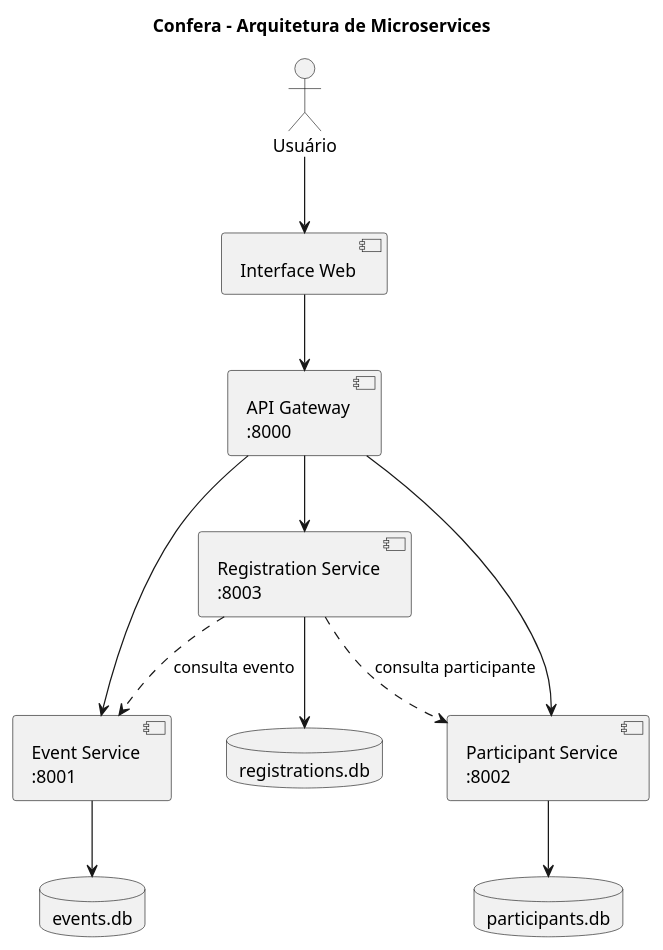
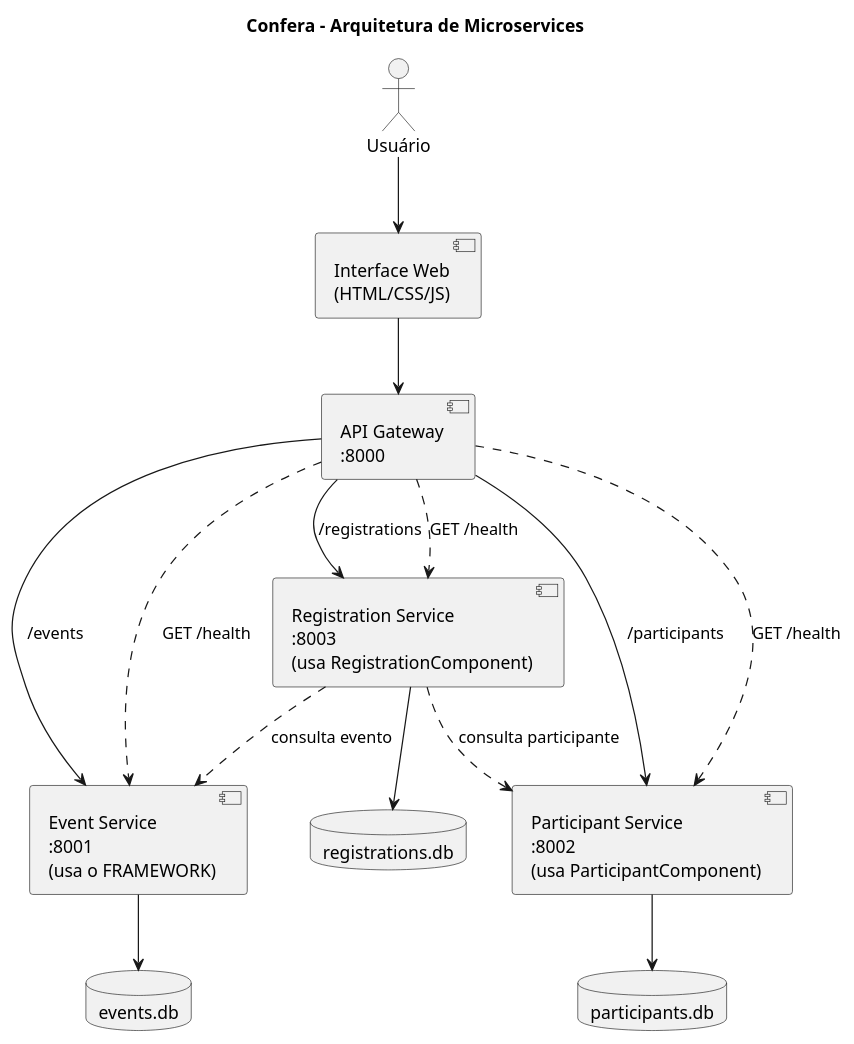
One commit to ABMS-NS/Confera changed the diagram in docs/diagrams/microservices.puml. Above: the diagram before and after it, drawn with PlantUML. The commit also changed 27 other files, not shown here.

```diff
--- a/docs/diagrams/microservices.puml
+++ b/docs/diagrams/microservices.puml
@@ -1,22 +1,26 @@
 @startuml
 title Confera - Arquitetura de Microservices
+skinparam shadowing false
 actor Usuário
-component "Interface Web" as UI
+component "Interface Web\n(HTML/CSS/JS)" as UI
 component "API Gateway\n:8000" as GW
-component "Event Service\n:8001" as ES
-component "Participant Service\n:8002" as PS
-component "Registration Service\n:8003" as RS
+component "Event Service\n:8001\n(usa o FRAMEWORK)" as ES
+component "Participant Service\n:8002\n(usa ParticipantComponent)" as PS
+component "Registration Service\n:8003\n(usa RegistrationComponent)" as RS
 database "events.db" as EDB
 database "participants.db" as PDB
 database "registrations.db" as RDB
 Usuário --> UI
 UI --> GW
-GW --> ES
-GW --> PS
-GW --> RS
+GW --> ES : /events
+GW --> PS : /participants
+GW --> RS : /registrations
+GW ..> ES : GET /health
+GW ..> PS : GET /health
+GW ..> RS : GET /health
 ES --> EDB
 PS --> PDB
 RS --> RDB
 RS ..> ES : consulta evento
 RS ..> PS : consulta participante
 @enduml
```
